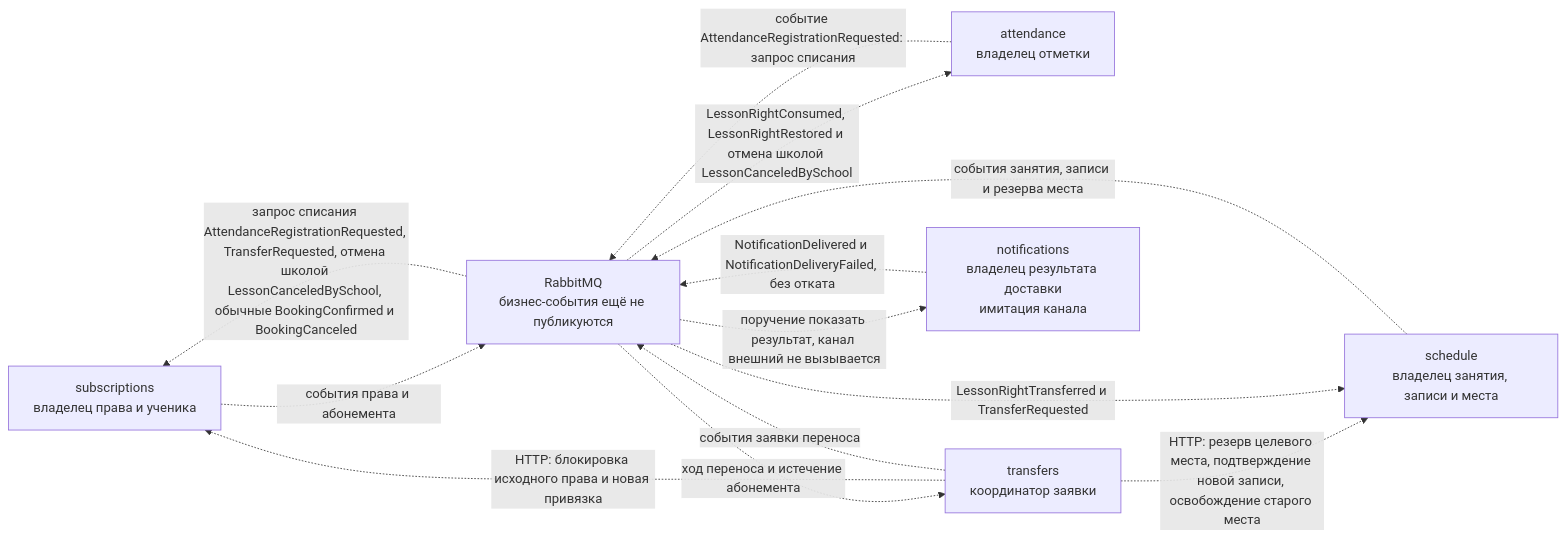
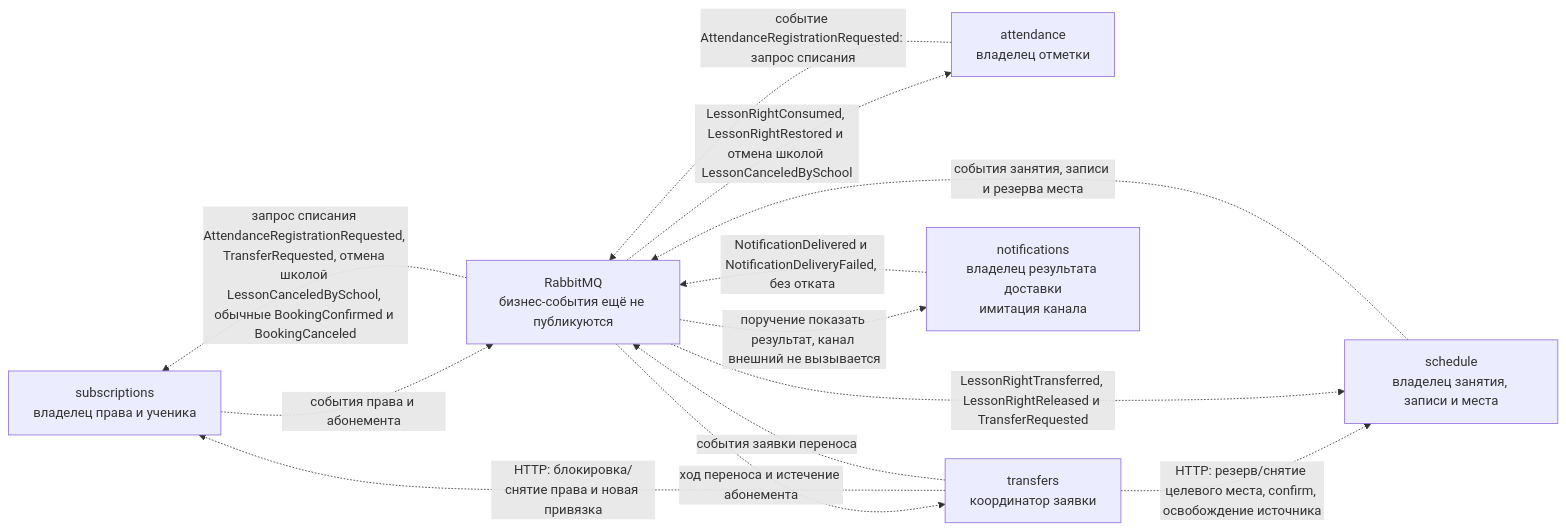
The diagram in docs/architecture/diagrams/c4-container-designed.mmd (lostsky25/LessonPlus), drawn with Mermaid before and after one commit. The commit also changed 16 other files, not shown here.

First line of the commit message:
docs: complete storage architecture overview for step 6.8

```diff
--- a/docs/architecture/diagrams/c4-container-designed.mmd
+++ b/docs/architecture/diagrams/c4-container-designed.mmd
@@ -1,21 +1,21 @@
 %% C4 Container. Только спроектированные связи. В каркасе этих вызовов и публикаций нет.
 flowchart LR
   sub["subscriptions<br/>владелец права и ученика"]
   sch["schedule<br/>владелец занятия, записи и места"]
   att["attendance<br/>владелец отметки"]
   tr["transfers<br/>координатор заявки"]
   nt["notifications<br/>владелец результата доставки<br/>имитация канала"]
   mq["RabbitMQ<br/>бизнес-события ещё не публикуются"]
 
-  tr -.->|"HTTP: блокировка исходного права и новая привязка"| sub
-  tr -.->|"HTTP: резерв целевого места, подтверждение новой записи, освобождение старого места"| sch
+  tr -.->|"HTTP: блокировка/снятие права и новая привязка"| sub
+  tr -.->|"HTTP: резерв/снятие целевого места, confirm, освобождение источника"| sch
   att -.->|"событие AttendanceRegistrationRequested: запрос списания"| mq
   sub -.->|"события права и абонемента"| mq
   sch -.->|"события занятия, записи и резерва места"| mq
   tr -.->|"события заявки переноса"| mq
   nt -.->|"NotificationDelivered и NotificationDeliveryFailed, без отката"| mq
   mq -.->|"LessonRightConsumed, LessonRightRestored и отмена школой LessonCanceledBySchool"| att
   mq -.->|"запрос списания AttendanceRegistrationRequested, TransferRequested, отмена школой LessonCanceledBySchool, обычные BookingConfirmed и BookingCanceled"| sub
-  mq -.->|"LessonRightTransferred и TransferRequested"| sch
+  mq -.->|"LessonRightTransferred, LessonRightReleased и TransferRequested"| sch
   mq -.->|"ход переноса и истечение абонемента"| tr
   mq -.->|"поручение показать результат, канал внешний не вызывается"| nt
```
